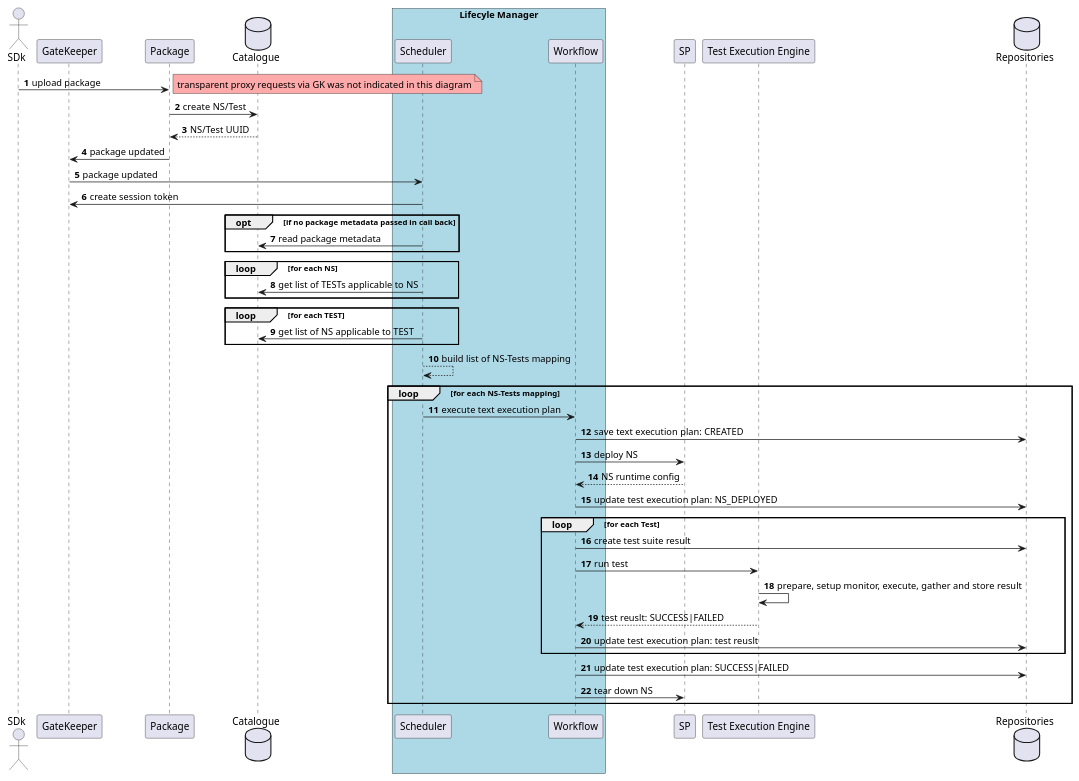
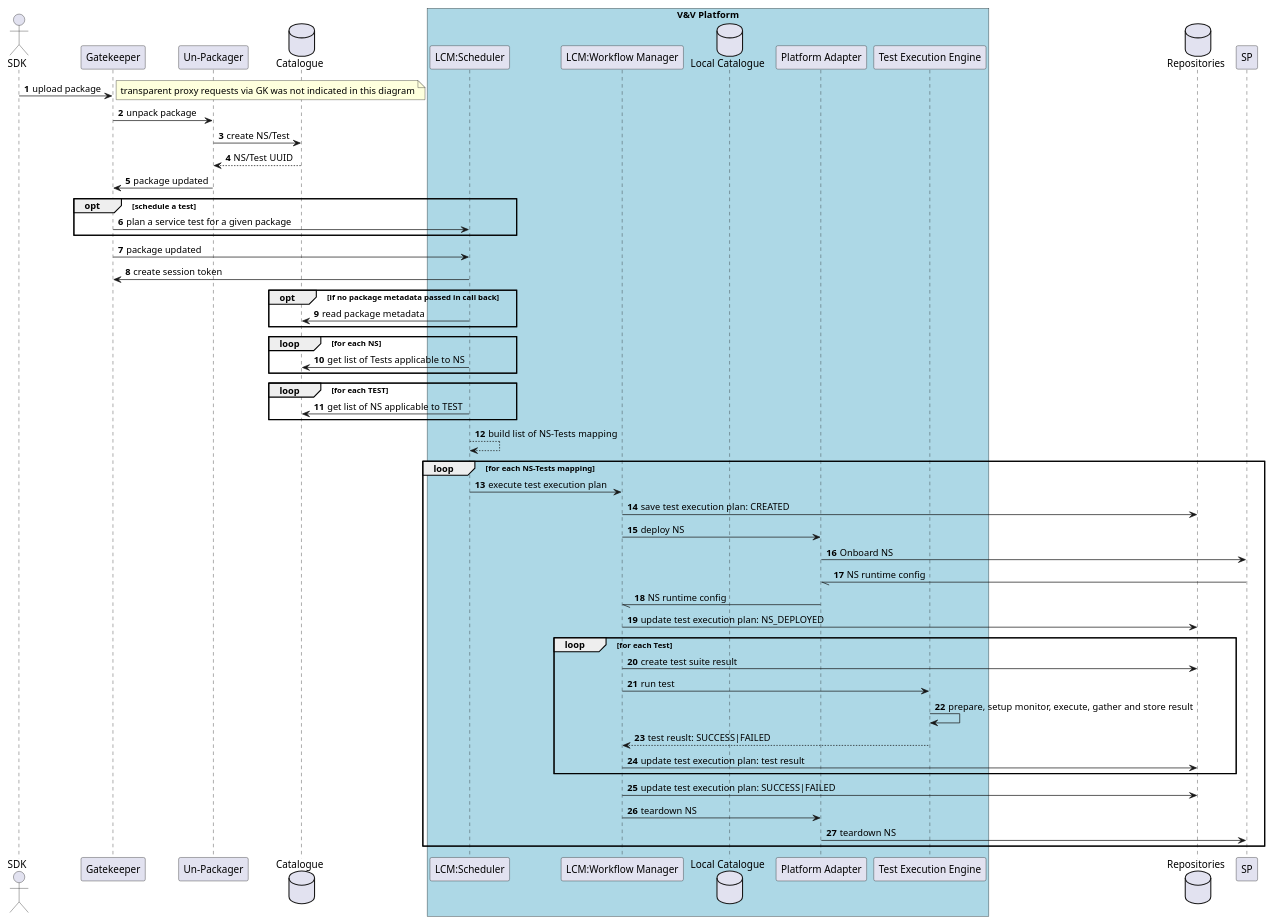
One commit to sonata-nfv/tng-vnv-lcm changed the diagram in src/docs/developer-guide/extensions/overview/document-begin-text.adoc. Above: the diagram before and after it, drawn with PlantUML. The commit also changed other lines of this file and 1 other file, not shown here.

Commit message:
#53 Updates to V&V sequence diagram and readme.md

```diff
--- a/src/docs/developer-guide/extensions/overview/document-begin-text.adoc
+++ b/src/docs/developer-guide/extensions/overview/document-begin-text.adoc
@@ -3,59 +3,67 @@
 [plantuml,tng-vnv-lcm]
 ----
 
 @startuml
 autonumber
 
+actor "SDK" as SDK
+participant "Gatekeeper" as GK
+participant "Un-Packager" as PKG
+database "Catalogue" as CAT
+box "V&V Platform" #LightBlue
+	participant "LCM:Scheduler" as Scheduler
+	participant "LCM:Workflow Manager" as WFE
+	database "Local Catalogue" as LoCat
+    participant "Platform Adapter" as PA
+    participant "Test Execution Engine" as TEE
+end box
+database "Repositories" as TRR
+participant "SP" as TPM
 
-actor "SDk" as SDK
-participant "GateKeeper" as GK
-participant "Package" as PKG
-database "Catalogue" as CAT
-box "Lifecyle Manager" #LightBlue
-	participant Scheduler
-	participant "Workflow" as WFE
-end box
-participant "SP" as TPM
-participant "Test Execution Engine" as TEE
-database "Repositories" as TRR
-
-SDK -> PKG : upload package
-note right #FFAAAA: transparent proxy requests via GK was not indicated in this diagram
+SDK -> GK : upload package
+note right : transparent proxy requests via GK was not indicated in this diagram
+GK -> PKG : unpack package
 PKG -> CAT : create NS/Test
 CAT --> PKG : NS/Test UUID
 PKG -> GK : package updated
 
+opt schedule a test
+    GK -> Scheduler : plan a service test for a given package
+end
 GK -> Scheduler : package updated
 Scheduler -> GK : create session token
 opt if no package metadata passed in call back
     Scheduler -> CAT : read package metadata
 end
 loop for each NS
-      Scheduler -> CAT : get list of TESTs applicable to NS
+      Scheduler -> CAT : get list of Tests applicable to NS
 end
 loop for each TEST
       Scheduler -> CAT : get list of NS applicable to TEST
 end
 Scheduler --> Scheduler : build list of NS-Tests mapping
 
 
 loop for each NS-Tests mapping
-        Scheduler -> WFE : execute text execution plan
-        WFE -> TRR : save text execution plan: CREATED
-        WFE -> TPM : deploy NS
-        TPM --> WFE : NS runtime config
+        Scheduler -> WFE : execute test execution plan
+        WFE -> TRR : save test execution plan: CREATED
+        WFE -> PA : deploy NS
+        PA -> TPM : Onboard NS
+        PA \\- TPM : NS runtime config
+        WFE \\- PA : NS runtime config
         WFE -> TRR : update test execution plan: NS_DEPLOYED
         loop for each Test
               WFE -> TRR : create test suite result
               WFE -> TEE : run test
               TEE -> TEE : prepare, setup monitor, execute, gather and store result
               TEE --> WFE : test reuslt: SUCCESS|FAILED
-              WFE -> TRR : update test execution plan: test reuslt
+              WFE -> TRR : update test execution plan: test result
         end
         WFE -> TRR : update test execution plan: SUCCESS|FAILED
-        WFE -> TPM : tear down NS
+        WFE -> PA : teardown NS
+        PA -> TPM : teardown NS
 end
 
 @enduml
 
 ----
```
